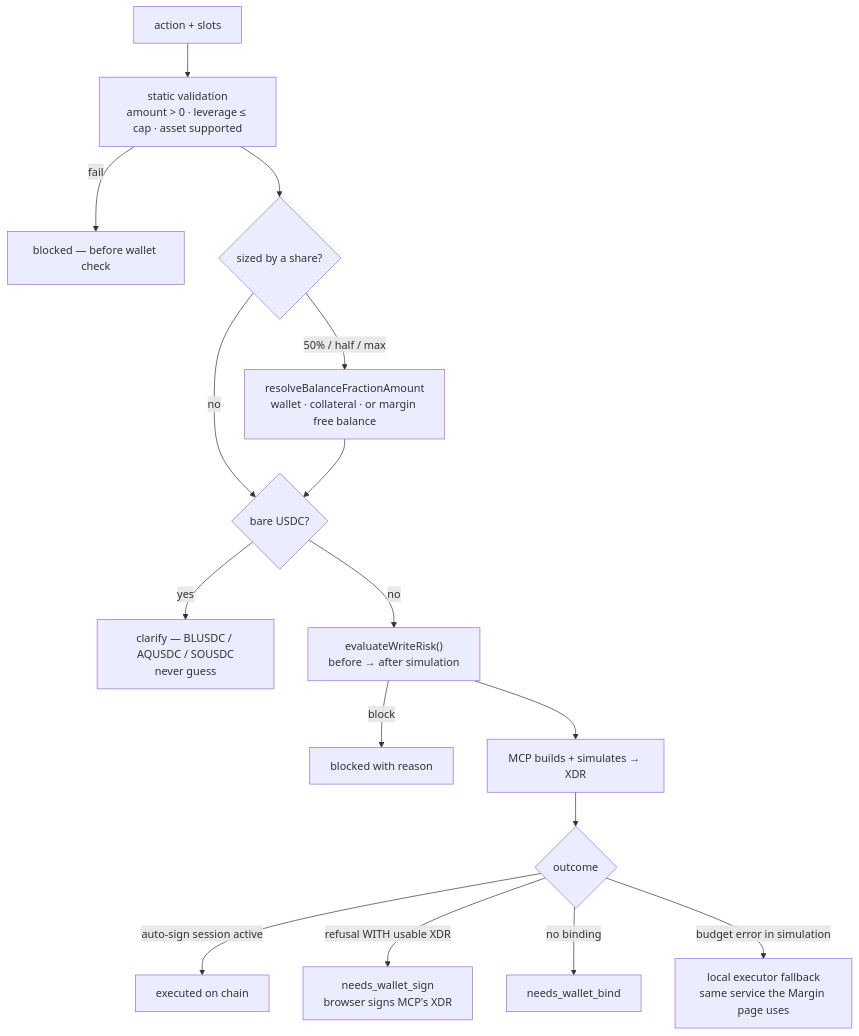
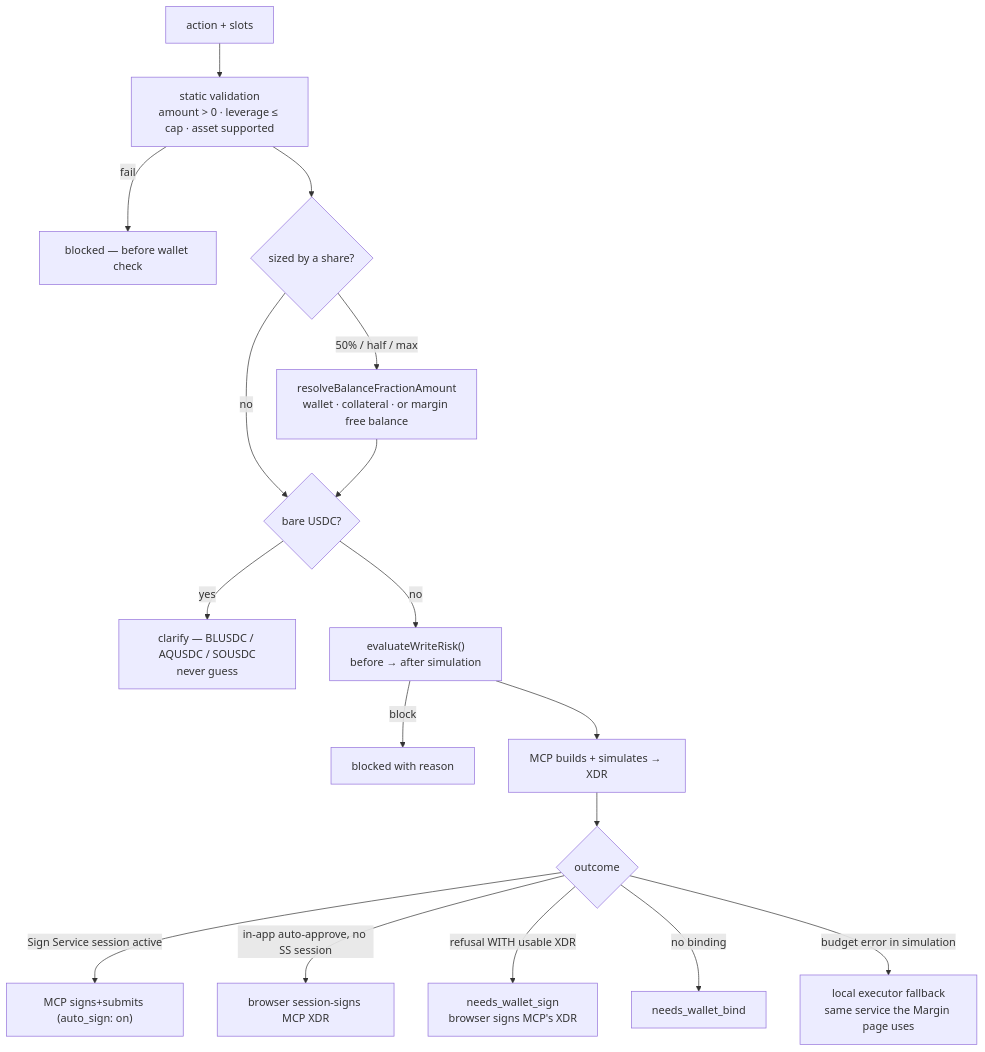
Before and after one commit to vannafinance/mercury-stellar-backend: the fourth of 7 diagrams in docs/copilot/ARCHITECTURE.md, drawn with Mermaid. The commit also changed other lines of this file and 16 other files, not shown here.

````diff
--- a/docs/copilot/ARCHITECTURE.md
+++ b/docs/copilot/ARCHITECTURE.md
@@ -119,18 +119,19 @@
 ```mermaid
 flowchart TD
   A["action + slots"] --> V["static validation<br/>amount > 0 · leverage ≤ cap · asset supported"]
   V -->|fail| B1["blocked — before wallet check"]
   V --> FRAC{"sized by a share?"}
   FRAC -->|"50% / half / max"| SIZE["resolveBalanceFractionAmount<br/>wallet · collateral · or margin free balance"]
   FRAC -->|no| USDC
   SIZE --> USDC{"bare USDC?"}
   USDC -->|yes| ASK["clarify — BLUSDC / AQUSDC / SOUSDC<br/>never guess"]
   USDC -->|no| RISK["evaluateWriteRisk()<br/>before → after simulation"]
   RISK -->|block| B2["blocked with reason"]
   RISK --> BUILD["MCP builds + simulates → XDR"]
   BUILD --> OUT{"outcome"}
-  OUT -->|"auto-sign session active"| EXEC["executed on chain"]
+  OUT -->|"Sign Service session active"| EXEC["MCP signs+submits (auto_sign: on)"]
+  OUT -->|"in-app auto-approve, no SS session"| EXEC2["browser session-signs MCP XDR"]
   OUT -->|"refusal WITH usable XDR"| SIGNW["needs_wallet_sign<br/>browser signs MCP's XDR"]
   OUT -->|"no binding"| BIND["needs_wallet_bind"]
   OUT -->|"budget error in simulation"| LOCAL["local executor fallback<br/>same service the Margin page uses"]
 ```
````
